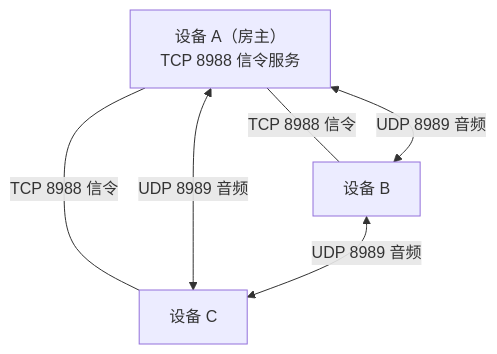
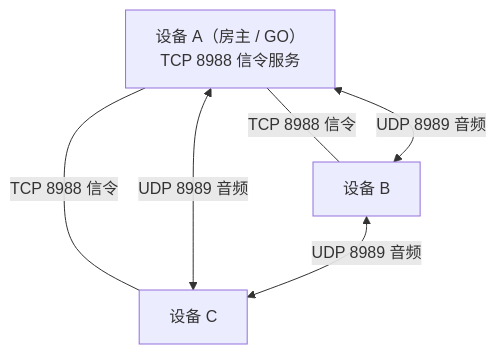
One commit to Starlordzz/sunsetripple changed the first of 2 diagrams in docs/wiki/房间模式对比.md. Above: the diagram before and after it, drawn with Mermaid. The commit also changed other lines of this file and 10 other files, not shown here.

````diff
--- a/docs/wiki/房间模式对比.md
+++ b/docs/wiki/房间模式对比.md
@@ -25,12 +25,12 @@
 ```mermaid
 flowchart TD
-    GO["设备 A（房主）<br/>TCP 8988 信令服务"]
+    GO["设备 A（房主 / GO）<br/>TCP 8988 信令服务"]
     B["设备 B"]
     C["设备 C"]
 
     GO ---|"TCP 8988 信令"| B
     GO ---|"TCP 8988 信令"| C
     GO <-->|"UDP 8989 音频"| B
     GO <-->|"UDP 8989 音频"| C
     B <-->|"UDP 8989 音频"| C
 ```
````
